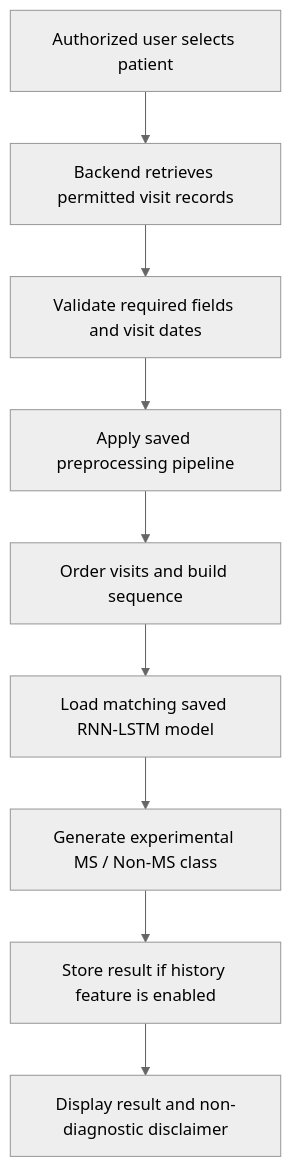
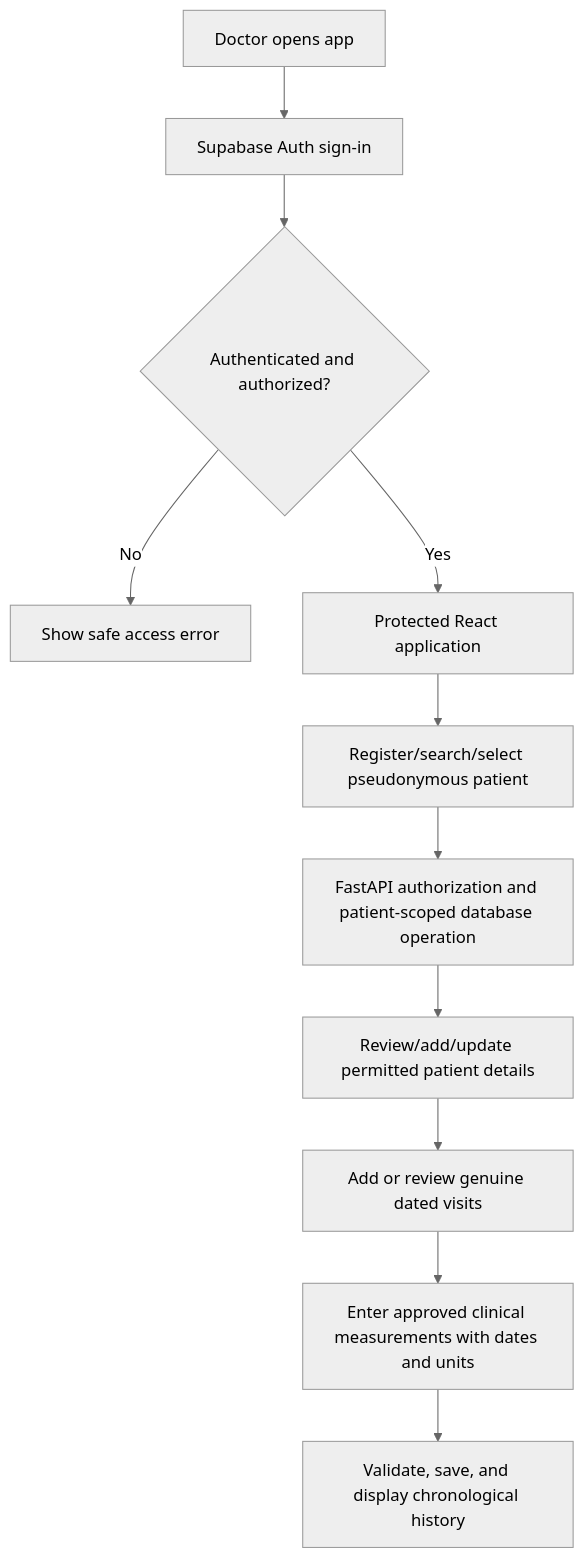
Before and after one commit to yashrajagawane/NeuroPredict-MS: the second of 3 diagrams in MS_Prediction_Project_Handoff/06_WORKFLOWS.md, drawn with Mermaid (neutral theme). The commit also changed other lines of this file and 21 other files, not shown here.

````diff
--- a/MS_Prediction_Project_Handoff/06_WORKFLOWS.md
+++ b/MS_Prediction_Project_Handoff/06_WORKFLOWS.md
@@ -22,11 +25,13 @@
 ```mermaid
 flowchart TD
-    A[Authorized user selects patient] --> B[Backend retrieves permitted visit records]
-    B --> C[Validate required fields and visit dates]
-    C --> D[Apply saved preprocessing pipeline]
-    D --> E[Order visits and build sequence]
-    E --> F[Load matching saved RNN-LSTM model]
-    F --> G[Generate experimental MS / Non-MS class]
-    G --> H[Store result if history feature is enabled]
-    H --> I[Display result and non-diagnostic disclaimer]
+    A[Doctor opens app] --> B[Supabase Auth sign-in]
+    B --> C{Authenticated and authorized?}
+    C -- No --> D[Show safe access error]
+    C -- Yes --> E[Protected React application]
+    E --> F[Register/search/select pseudonymous patient]
+    F --> G[FastAPI authorization and patient-scoped database operation]
+    G --> H[Review/add/update permitted patient details]
+    H --> I[Add or review genuine dated visits]
+    I --> J[Enter approved clinical measurements with dates and units]
+    J --> K[Validate, save, and display chronological history]
 ```
````
